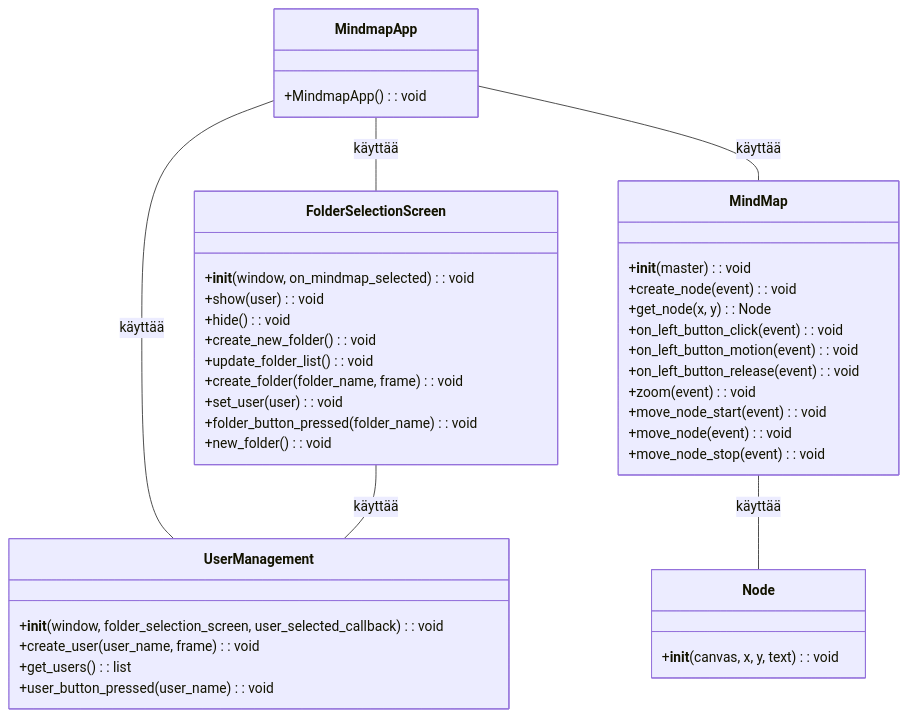
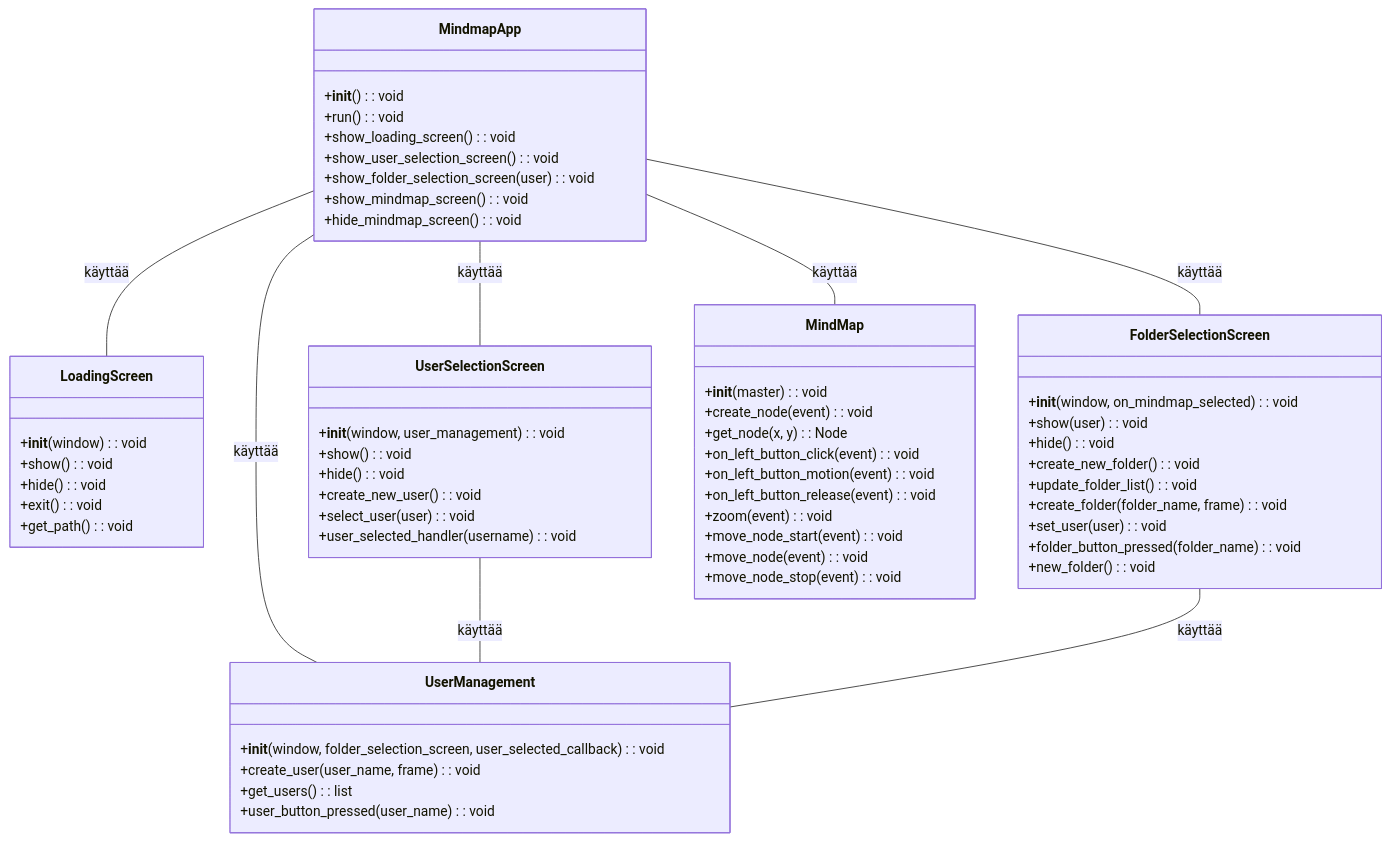
Before and after one commit to ErikHuuskonen/ot-harjoitustyo: the diagram in dokumentaatio/luokkakaavio.md, drawn with Mermaid.

````diff
--- a/dokumentaatio/luokkakaavio.md
+++ b/dokumentaatio/luokkakaavio.md
@@ -1,50 +1,71 @@
 ```mermaid
 classDiagram
 
 class MindmapApp {
-    +MindmapApp(): void
+    +__init__(): void
+    +run(): void
+    +show_loading_screen(): void
+    +show_user_selection_screen(): void
+    +show_folder_selection_screen(user): void
+    +show_mindmap_screen(): void
+    +hide_mindmap_screen(): void
+}
+
+class LoadingScreen {
+    +__init__(window): void
+    +show(): void
+    +hide(): void
+    +exit(): void
+    +get_path(): void
+}
+
+class UserSelectionScreen {
+    +__init__(window, user_management): void
+    +show(): void
+    +hide(): void
+    +create_new_user(): void
+    +select_user(user): void
+    +user_selected_handler(username): void
 }
 
 class UserManagement {
     +__init__(window, folder_selection_screen, user_selected_callback): void
     +create_user(user_name, frame): void
     +get_users(): list
     +user_button_pressed(user_name): void
 }
 
 class FolderSelectionScreen {
     +__init__(window, on_mindmap_selected): void
     +show(user): void
     +hide(): void
     +create_new_folder(): void
     +update_folder_list(): void
     +create_folder(folder_name, frame): void
     +set_user(user): void
     +folder_button_pressed(folder_name): void
     +new_folder(): void
 }
 
-class Node {
-    +__init__(canvas, x, y, text): void
-}
-
 class MindMap {
     +__init__(master): void
     +create_node(event): void
     +get_node(x, y): Node
     +on_left_button_click(event): void
     +on_left_button_motion(event): void
     +on_left_button_release(event): void
     +zoom(event): void
     +move_node_start(event): void
     +move_node(event): void
     +move_node_stop(event): void
 }
 
+MindmapApp -- LoadingScreen: käyttää
+MindmapApp -- UserSelectionScreen: käyttää
 MindmapApp -- UserManagement: käyttää
 MindmapApp -- FolderSelectionScreen: käyttää
 MindmapApp -- MindMap: käyttää
+UserSelectionScreen -- UserManagement: käyttää
 FolderSelectionScreen -- UserManagement: käyttää
-MindMap -- Node: käyttää
 
 ```
````
